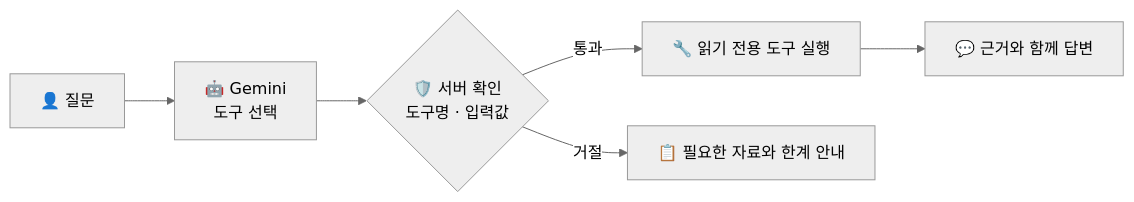
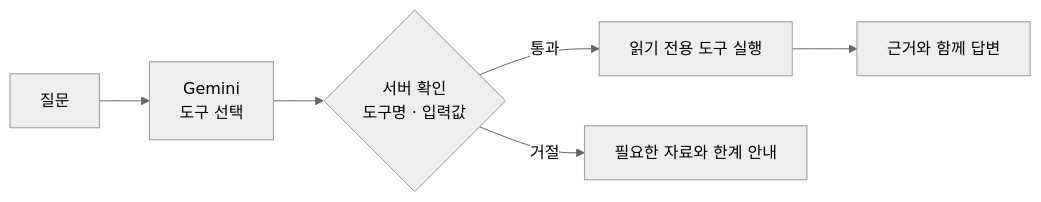
Before and after one commit to ssoyoum/ssoyoum: the second of 2 diagrams in README.md, drawn with Mermaid (neutral theme). The commit also changed other lines of this file, not shown here.

````diff
--- a/README.md
+++ b/README.md
@@ -79,8 +83,8 @@
 ```mermaid
 flowchart LR
-  Q["👤 질문"] --> L["🤖 Gemini<br/>도구 선택"]
-  L --> V{"🛡️ 서버 확인<br/>도구명 · 입력값"}
-  V -- 통과 --> T["🔧 읽기 전용 도구 실행"]
-  V -- 거절 --> N["📋 필요한 자료와 한계 안내"]
-  T --> R["💬 근거와 함께 답변"]
+  Q["질문"] --> L["Gemini<br/>도구 선택"]
+  L --> V{"서버 확인<br/>도구명 · 입력값"}
+  V -- 통과 --> T["읽기 전용 도구 실행"]
+  V -- 거절 --> N["필요한 자료와 한계 안내"]
+  T --> R["근거와 함께 답변"]
 ```
````
